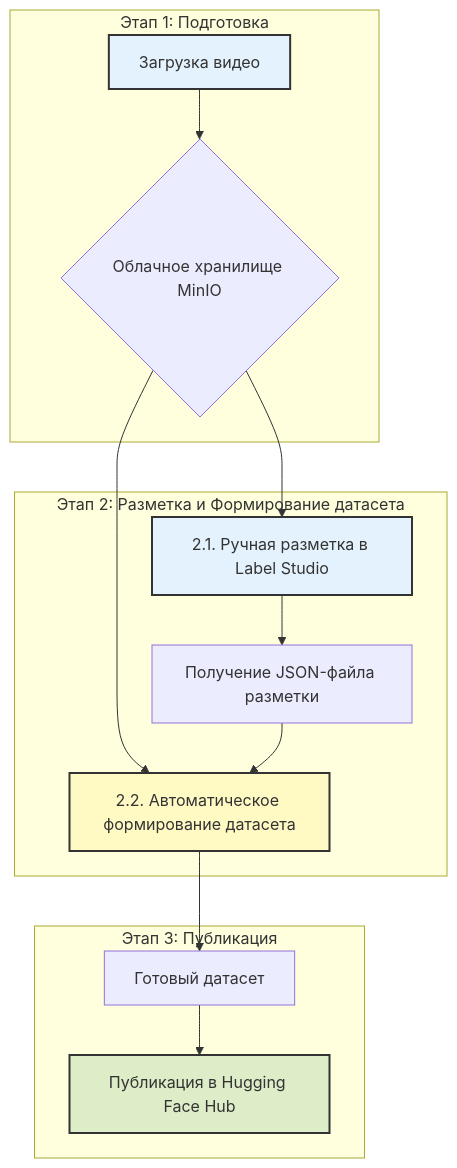
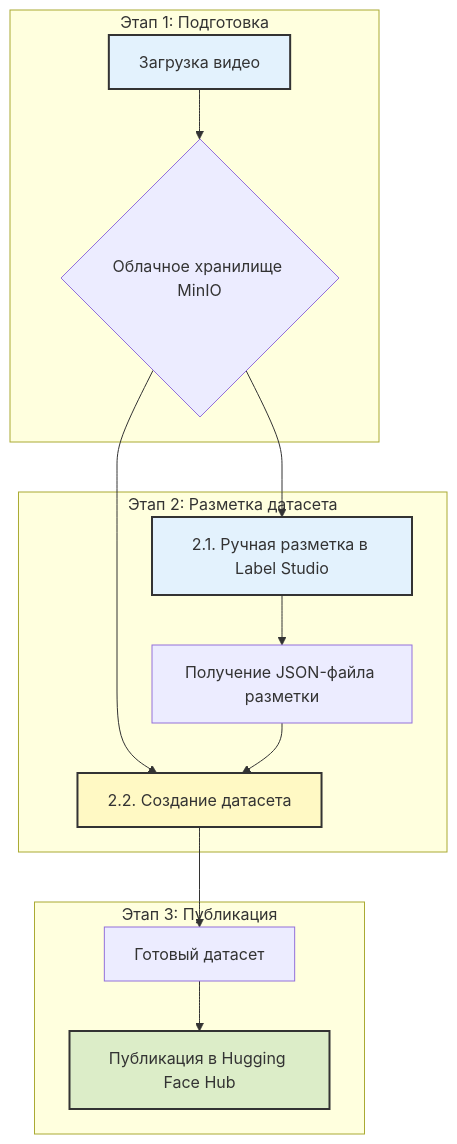
One commit to BosenkoTM/ppi_mgpu changed the diagram in readme.md. Above: the diagram before and after it, drawn with Mermaid. The commit also changed other lines of this file, not shown here.

````diff
--- a/readme.md
+++ b/readme.md
@@ -13,22 +13,22 @@
 ```mermaid
 graph TD
     subgraph Этап 1: Подготовка
         A[Загрузка видео] --> B{Облачное хранилище MinIO};
     end
 
-    subgraph Этап 2: Разметка и Формирование датасета
+    subgraph Этап 2: Разметка датасета
         B --> C[2.1. Ручная разметка в Label Studio];
         C --> D[Получение JSON-файла разметки];
-        B & D --> E[2.2. Автоматическое формирование датасета];
+        B & D --> E[2.2. Создание датасета];
     end
 
     subgraph Этап 3: Публикация
         E --> F[Готовый датасет];
         F --> G[Публикация в Hugging Face Hub];
     end
 
     style A fill:#e3f2fd,stroke:#333,stroke-width:2px
     style C fill:#e3f2fd,stroke:#333,stroke-width:2px
     style E fill:#fff9c4,stroke:#333,stroke-width:2px
     style G fill:#dcedc8,stroke:#333,stroke-width:2px
 ```
````
